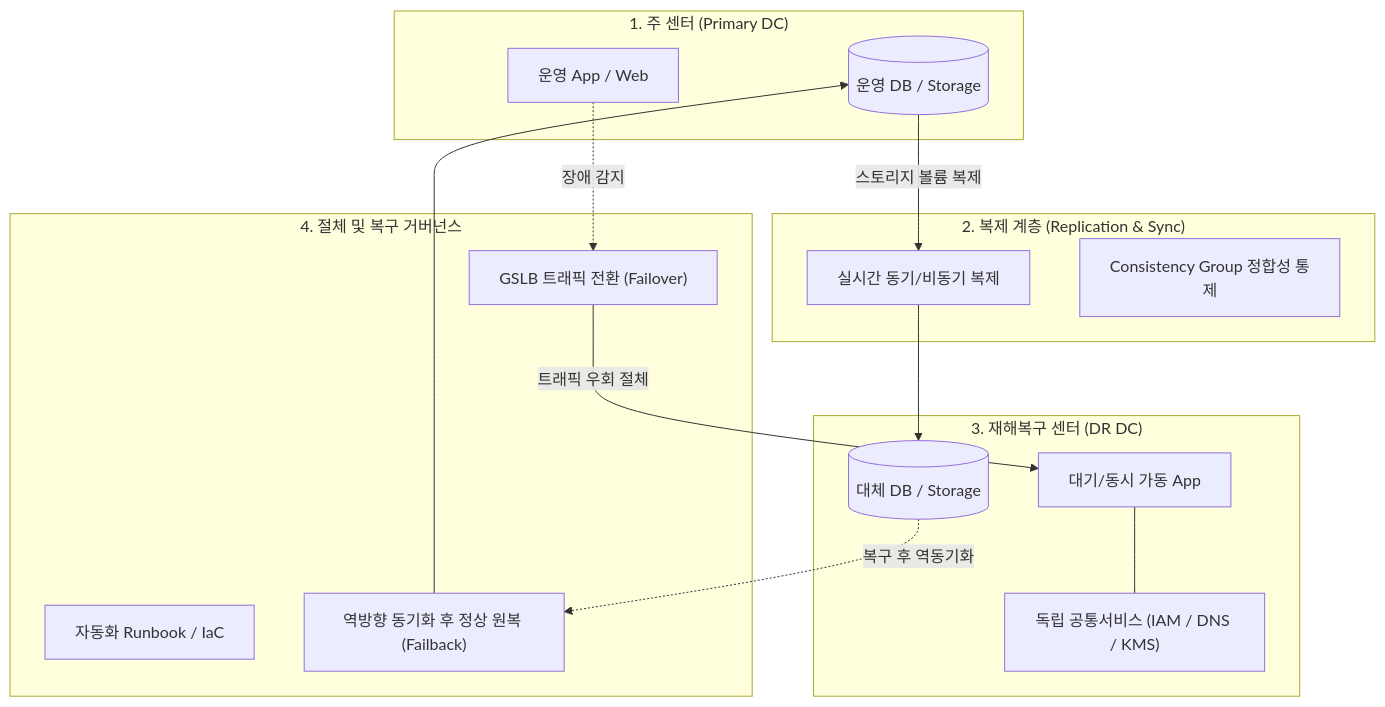
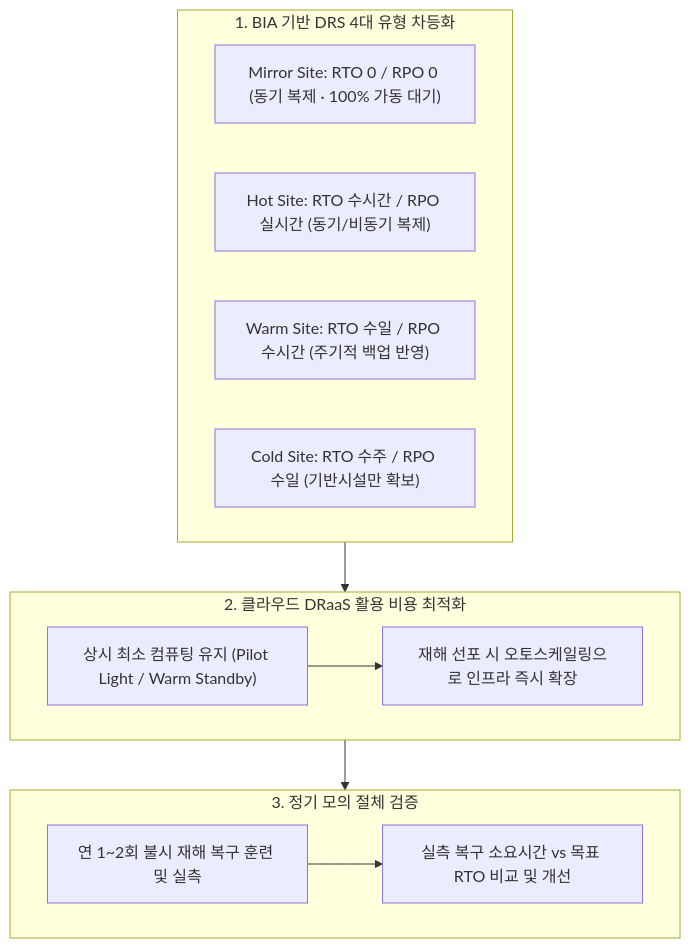
Before and after one commit to agnusdei1207/study: the second of 3 diagrams in src/content/docs/notes/itpe/01-it-strategy/042_drs.md, drawn with Mermaid. The commit also changed other lines of this file and 80 other files, not shown here.

````diff
--- a/src/content/docs/notes/itpe/01-it-strategy/042_drs.md
+++ b/src/content/docs/notes/itpe/01-it-strategy/042_drs.md
@@ -110,27 +113,22 @@
 ```mermaid
 flowchart TD
-    subgraph Primary["1. 주 센터 (Primary DC)"]
-        P_App["운영 App / Web"]
-        P_DB[("운영 DB / Storage")]
+    subgraph Classification["1. BIA 기반 DRS 4대 유형 차등화"]
+        M1["Mirror Site: RTO 0 / RPO 0 (동기 복제 · 100% 가동 대기)"]
+        H1["Hot Site: RTO 수시간 / RPO 실시간 (동기/비동기 복제)"]
+        W1["Warm Site: RTO 수일 / RPO 수시간 (주기적 백업 반영)"]
+        C1["Cold Site: RTO 수주 / RPO 수일 (기반시설만 확보)"]
     end
-    subgraph Replication["2. 복제 계층 (Replication & Sync)"]
-        Sync["실시간 동기/비동기 복제"]
-        CG["Consistency Group 정합성 통제"]
+    subgraph CloudDR["2. 클라우드 DRaaS 활용 비용 최적화"]
+        CL1["상시 최소 컴퓨팅 유지 (Pilot Light / Warm Standby)"]
+        CL2["재해 선포 시 오토스케일링으로 인프라 즉시 확장"]
+        CL1 --> CL2
     end
-    subgraph Secondary["3. 재해복구 센터 (DR DC)"]
-        DR_DB[("대체 DB / Storage")]
-        DR_App["대기/동시 가동 App"]
-        DR_Common["독립 공통서비스 (IAM / DNS / KMS)"]
-    end
-    subgraph Governance["4. 절체 및 복구 거버넌스"]
-        GSLB["GSLB 트래픽 전환 (Failover)"]
-        Runbook["자동화 Runbook / IaC"]
-        Failback["역방향 동기화 후 정상 원복 (Failback)"]
+    subgraph Validation["3. 정기 모의 절체 검증"]
+        V1["연 1~2회 불시 재해 복구 훈련 및 실측"]
+        V2["실측 복구 소요시간 vs 목표 RTO 비교 및 개선"]
+        V1 --> V2
     end
 
-    P_DB -->|스토리지 볼륨 복제| Sync --> DR_DB
-    P_App -.->|장애 감지| GSLB
-    GSLB -->|트래픽 우회 절체| DR_App
-    DR_App --- DR_Common
-    DR_DB -.->|복구 후 역동기화| Failback --> P_DB
+    Classification --> CloudDR
+    CloudDR --> Validation
 ```
````
